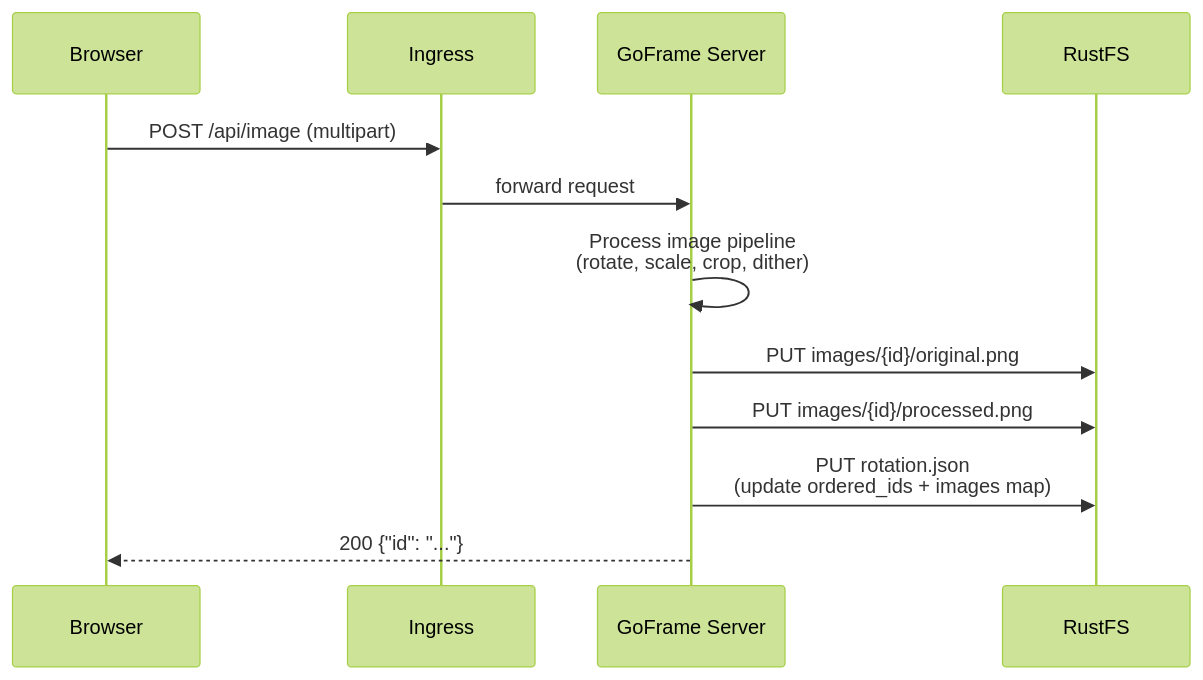
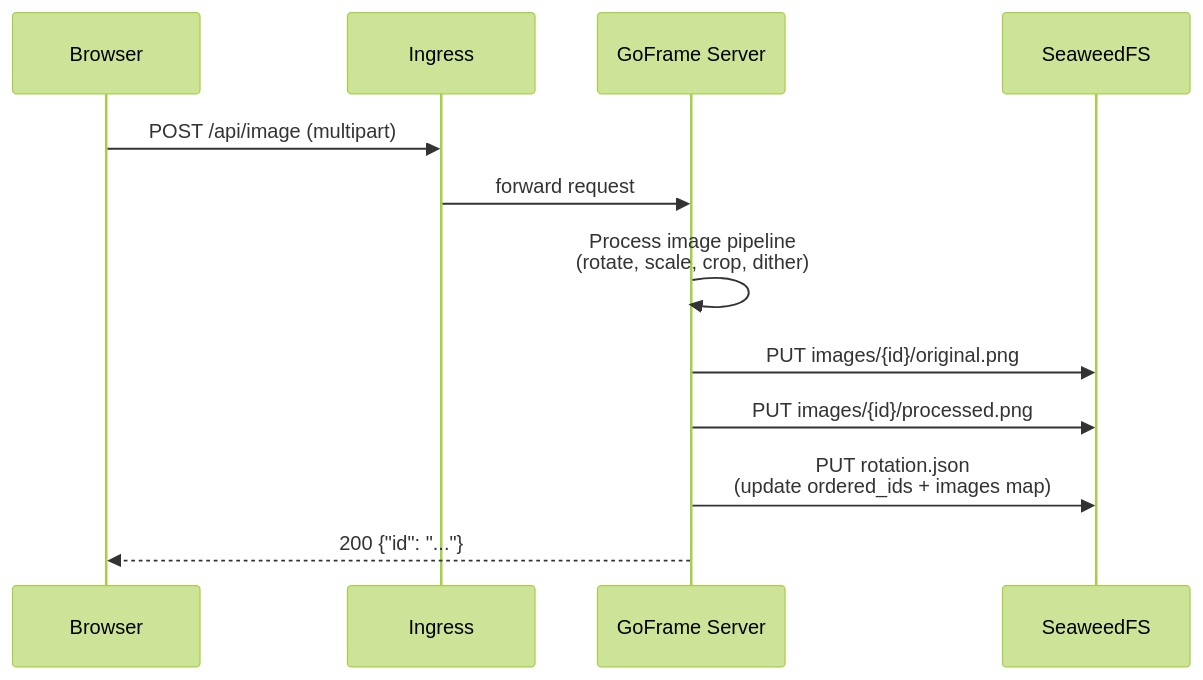
The second of 6 diagrams in docs/architecture.md (jo-hoe/goframe), drawn with Mermaid (forest theme) before and after one commit. The commit also changed other lines of this file and 37 other files, not shown here.

First line of the commit message:
feat: migrate storage backend from RustFS to SeaweedFS

````diff
--- a/docs/architecture.md
+++ b/docs/architecture.md
@@ -63,15 +63,15 @@
 ```mermaid
 sequenceDiagram
     participant B as Browser
     participant I as Ingress
     participant S as GoFrame Server
-    participant R as RustFS
+    participant R as SeaweedFS
 
     B->>I: POST /api/image (multipart)
     I->>S: forward request
     S->>S: Process image pipeline<br/>(rotate, scale, crop, dither)
     S->>R: PUT images/{id}/original.png
     S->>R: PUT images/{id}/processed.png
     S->>R: PUT rotation.json<br/>(update ordered_ids + images map)
     S-->>B: 200 {"id": "..."}
 ```
````
